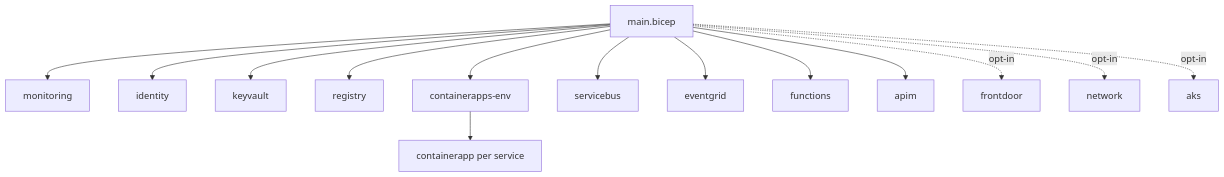
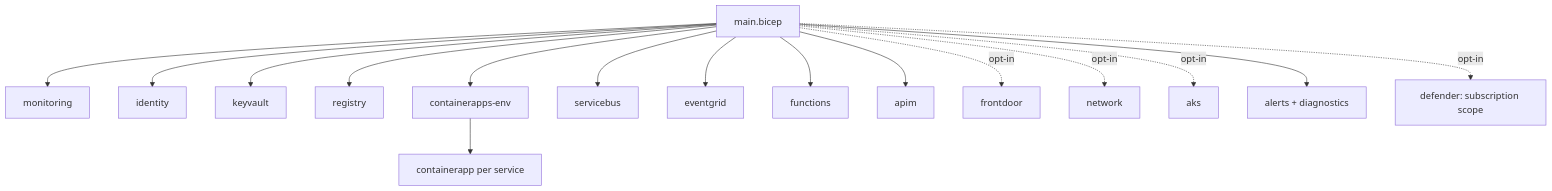
The diagram in docs/components/infrastructure.md (jagadishmazure-jpg/Jagadish-azure-ai-integration-platform), drawn with Mermaid before and after one commit. The commit also changed other lines of this file and 29 other files, not shown here.

````diff
--- a/docs/components/infrastructure.md
+++ b/docs/components/infrastructure.md
@@ -13,8 +13,10 @@
 ```mermaid
 flowchart TB
     M[main.bicep] --> MON[monitoring] & ID[identity] & KV[keyvault] & ACR[registry]
     M --> CAE[containerapps-env] --> CA[containerapp per service]
     M --> SB[servicebus] & EGR[eventgrid] & FN[functions]
     M --> APIM[apim]
     M -. opt-in .-> FD[frontdoor] & NET[network] & AKS[aks]
+    M --> AL[alerts + diagnostics]
+    M -. opt-in .-> DF[defender: subscription scope]
 ```
````
